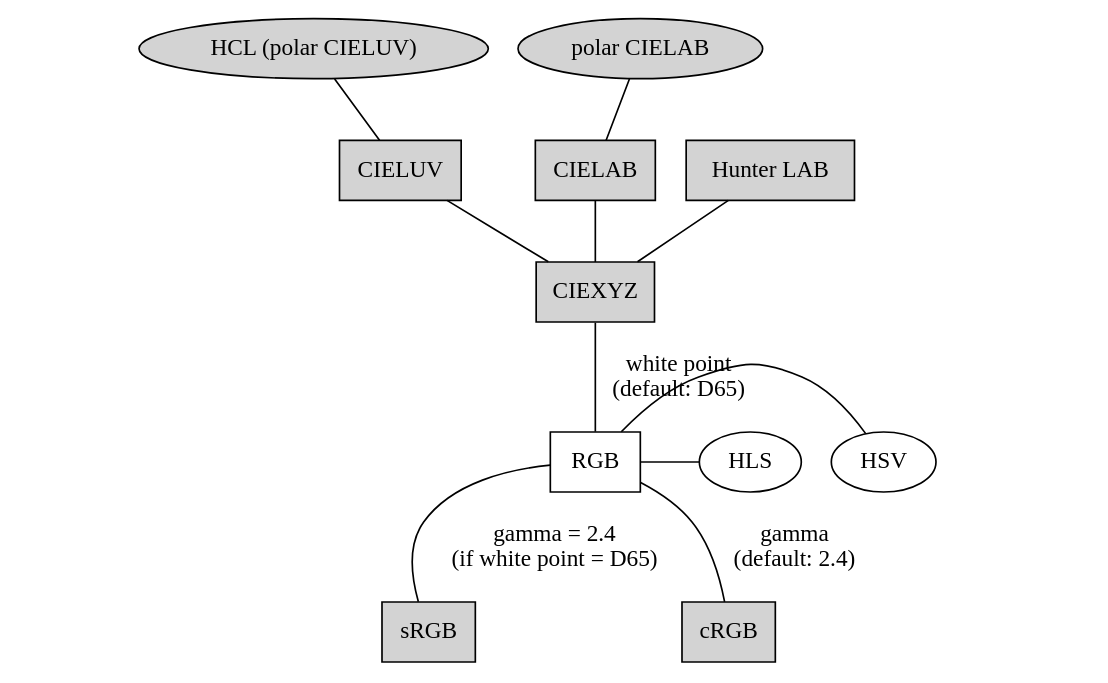
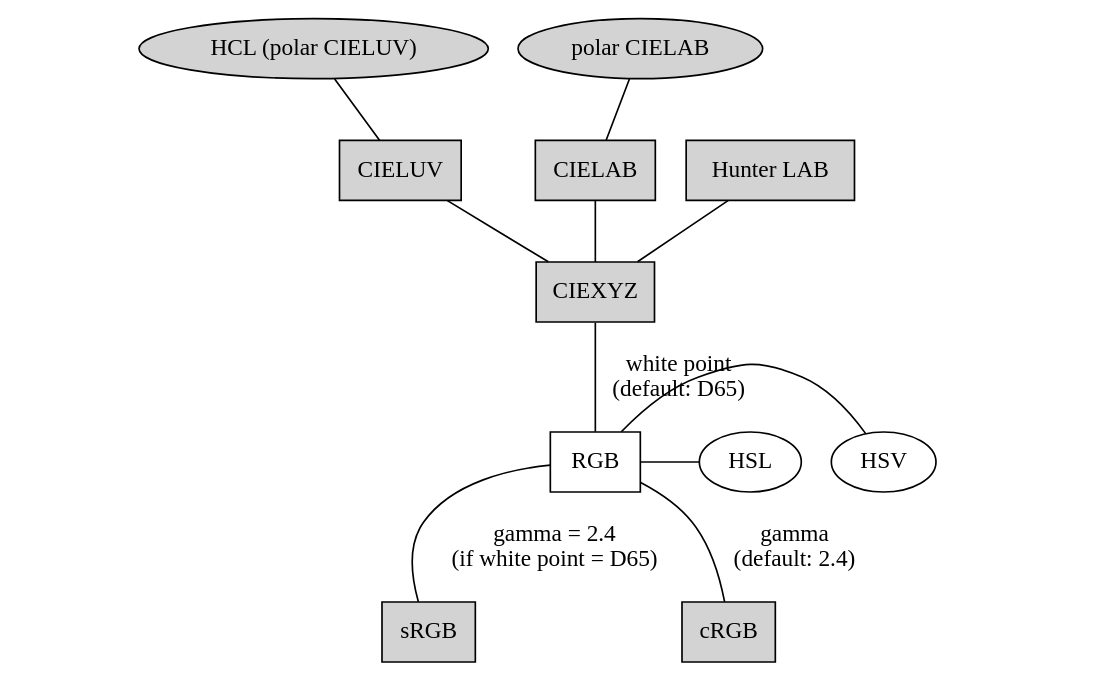
Before and after one commit to rforge/colorspace: the diagram in pkg/paper/Colorspace/colorspace.dot, drawn with Graphviz.

Commit message:
HLS to HSL in colorspace.dot

```diff
--- a/pkg/paper/Colorspace/colorspace.dot
+++ b/pkg/paper/Colorspace/colorspace.dot
@@ -1,55 +1,55 @@
 graph colorspace {
 
 { rank = min
     L1 [label="" color=white]
     polarLUV [label = "HCL (polar CIELUV)" shape=ellipse style=filled]
     polarLAB [label = "polar CIELAB" shape=ellipse style=filled]
     R1 [label="" color=white]
 }
 
 { rank = same
     L2 [label="" color=white]
     LUV [label = "CIELUV" shape=box style=filled]
     LAB [label = "CIELAB" shape=box style=filled]
     HunterLAB [label = "Hunter LAB" shape=box style=filled]
     R2 [label="" color=white]
 }
 
 { rank = same
     L3 [label="" color=white]
     XYZ [label = "CIEXYZ" shape=box style=filled]
     R3 [label="" color=white]
 }
 
 { rank = same
     L4 [label="" color=white]
     RGB [label = "RGB" shape=box]
     HSV [label = "HSV" shape=ellipse]
-    HLS [label = "HLS" shape=ellipse]
+    HSL [label = "HSL" shape=ellipse]
     R4 [label="" color=white]
 }
 
 { rank = max
     L5 [label="" color=white]
     sRGB [label = "sRGB" shape=box style=filled]
     cRGB [label = "cRGB" shape=box style=filled]
     R5 [label="" color=white]
 }
 
 LUV -- polarLUV
 LAB -- polarLAB
 XYZ -- LUV
 XYZ -- LAB
 XYZ -- HunterLAB
 
 XYZ -- RGB [label="white point\n(default: D65)"]
 
 RGB -- HSV
-RGB -- HLS
+RGB -- HSL
 
 cRGB -- RGB [label="gamma\n(default: 2.4)"]
 sRGB -- RGB [label="gamma = 2.4\n(if white point = D65)"]
 
 L1 -- L2 -- L3 -- L4 -- L5 [color=white]
 R1 -- R2 -- R3 -- R4 -- R5 [color=white]
 }
```
